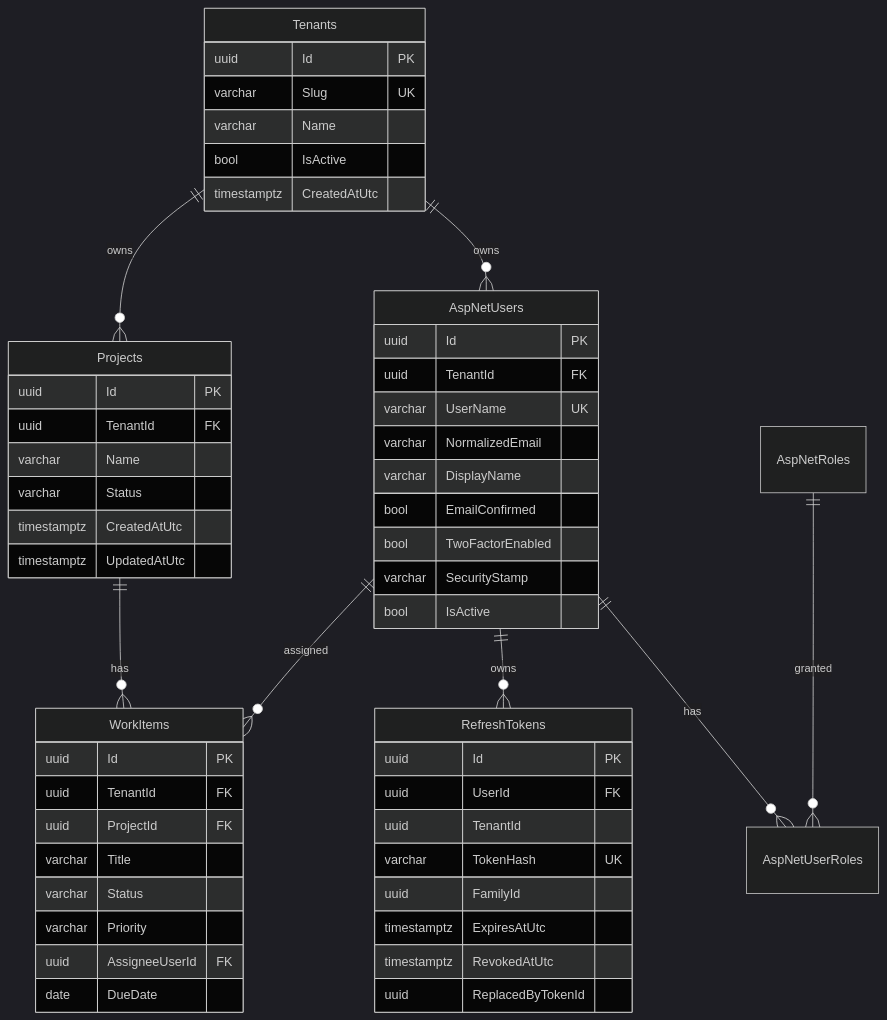
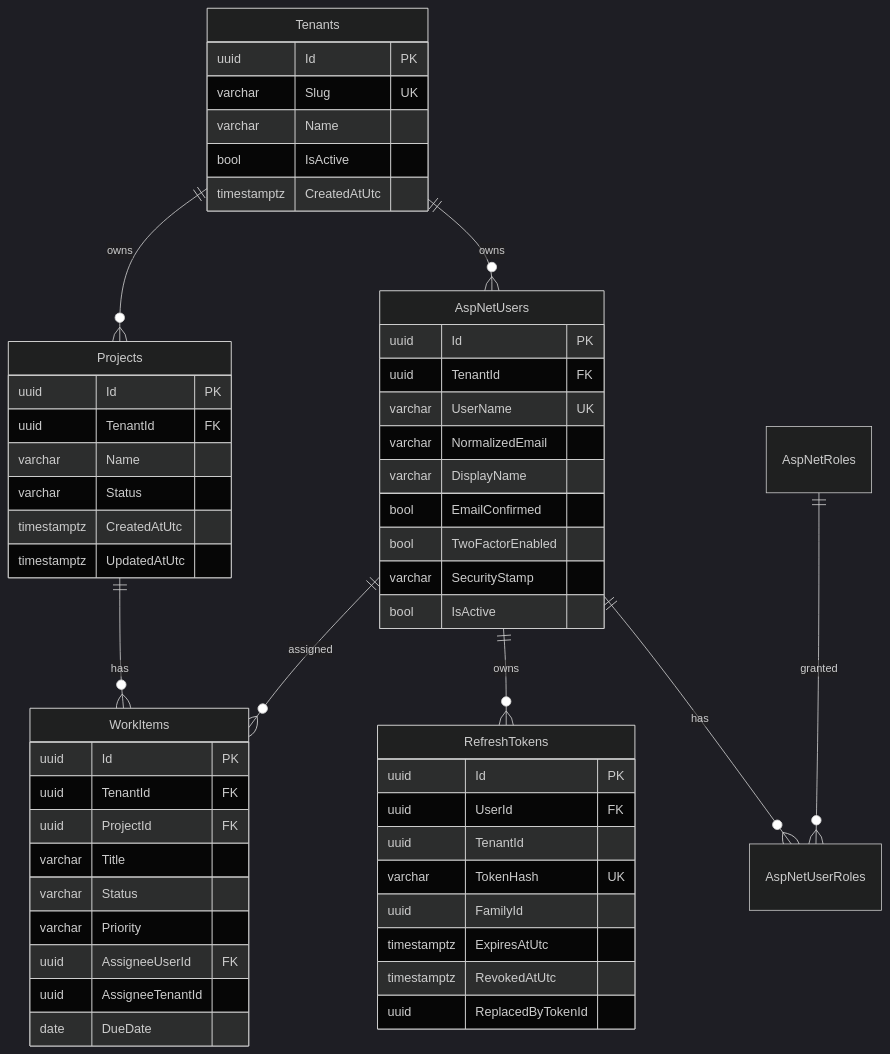
One commit to MFarooqTahir/multitenant-aspnet-api changed the sixth of 6 diagrams in docs/architecture.md. Above: the diagram before and after it, drawn with Mermaid (dark theme). The commit also changed 59 other files, not shown here.

````diff
--- a/docs/architecture.md
+++ b/docs/architecture.md
@@ -85,57 +85,58 @@
 ```mermaid
 erDiagram
     Tenants ||--o{ AspNetUsers : "owns"
     Tenants ||--o{ Projects : "owns"
     Projects ||--o{ WorkItems : "has"
     AspNetUsers ||--o{ WorkItems : "assigned"
     AspNetUsers ||--o{ RefreshTokens : "owns"
     AspNetUsers ||--o{ AspNetUserRoles : "has"
     AspNetRoles ||--o{ AspNetUserRoles : "granted"
 
     Tenants {
         uuid Id PK
         varchar Slug UK
         varchar Name
         bool IsActive
         timestamptz CreatedAtUtc
     }
     AspNetUsers {
         uuid Id PK
         uuid TenantId FK
         varchar UserName UK
         varchar NormalizedEmail
         varchar DisplayName
         bool EmailConfirmed
         bool TwoFactorEnabled
         varchar SecurityStamp
         bool IsActive
     }
     Projects {
         uuid Id PK
         uuid TenantId FK
         varchar Name
         varchar Status
         timestamptz CreatedAtUtc
         timestamptz UpdatedAtUtc
     }
     WorkItems {
         uuid Id PK
         uuid TenantId FK
         uuid ProjectId FK
         varchar Title
         varchar Status
         varchar Priority
         uuid AssigneeUserId FK
+        uuid AssigneeTenantId
         date DueDate
     }
     RefreshTokens {
         uuid Id PK
         uuid UserId FK
         uuid TenantId
         varchar TokenHash UK
         uuid FamilyId
         timestamptz ExpiresAtUtc
         timestamptz RevokedAtUtc
         uuid ReplacedByTokenId
     }
 ```
````
